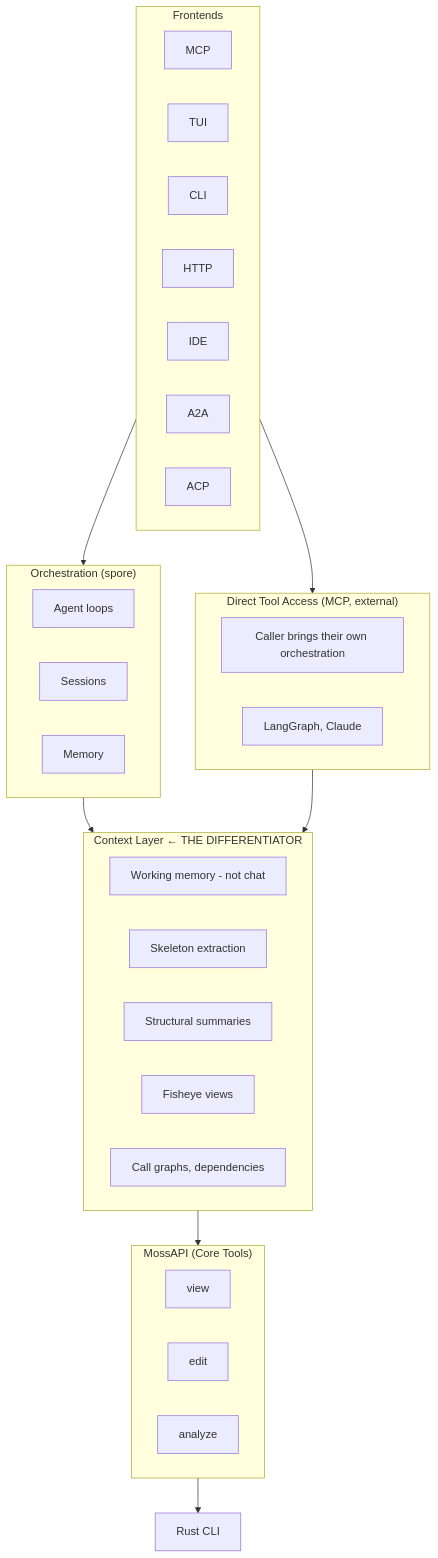
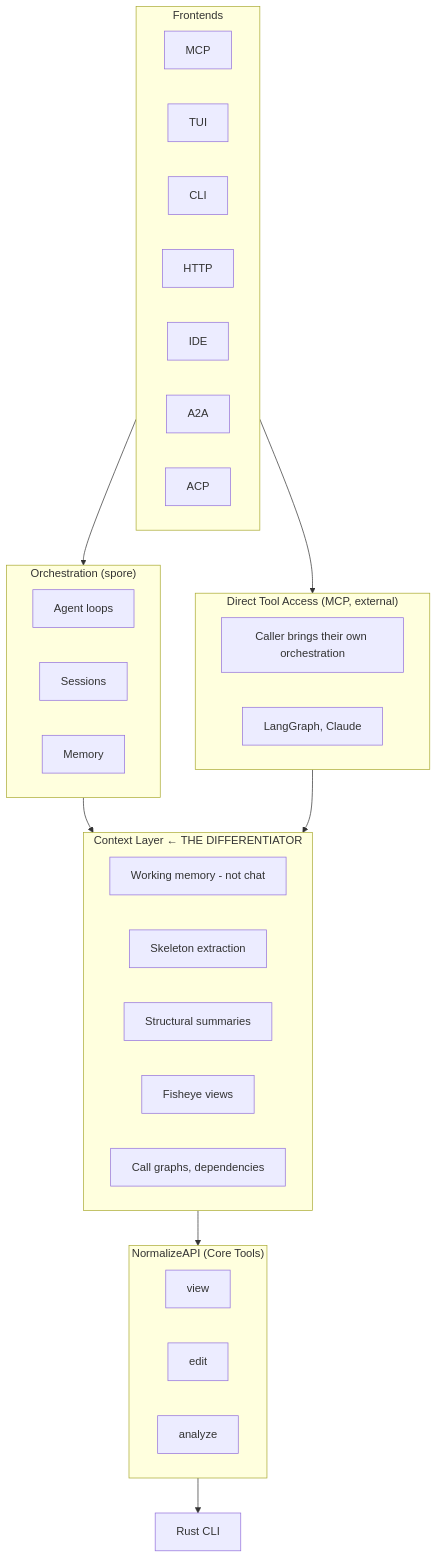
Before and after one commit to pterror/moss: the diagram in docs/langgraph-evaluation.md, drawn with Mermaid. The commit also changed other lines of this file and 201 other files, not shown here.

First line of the commit message:
refactor: rename all moss references to normalize

````diff
--- a/docs/langgraph-evaluation.md
+++ b/docs/langgraph-evaluation.md
@@ -13,39 +13,39 @@
 ```mermaid
 flowchart TB
     subgraph Frontends
         MCP & TUI & CLI & HTTP & IDE & A2A & ACP
     end
 
     Frontends --> Orchestration
     Frontends --> DirectAccess
 
     subgraph Orchestration["Orchestration (spore)"]
         O1[Agent loops]
         O2[Sessions]
         O3[Memory]
     end
 
     subgraph DirectAccess["Direct Tool Access (MCP, external)"]
         D1[Caller brings their own orchestration]
         D2[LangGraph, Claude]
     end
 
     Orchestration --> ContextLayer
     DirectAccess --> ContextLayer
 
     subgraph ContextLayer["Context Layer ← THE DIFFERENTIATOR"]
         C1[Working memory - not chat]
         C2[Skeleton extraction]
         C3[Structural summaries]
         C4[Fisheye views]
         C5[Call graphs, dependencies]
     end
 
-    ContextLayer --> MossAPI
+    ContextLayer --> NormalizeAPI
 
-    subgraph MossAPI["MossAPI (Core Tools)"]
+    subgraph NormalizeAPI["NormalizeAPI (Core Tools)"]
         view & edit & analyze
     end
 
-    MossAPI --> RustCLI[Rust CLI]
+    NormalizeAPI --> RustCLI[Rust CLI]
 ```
````
